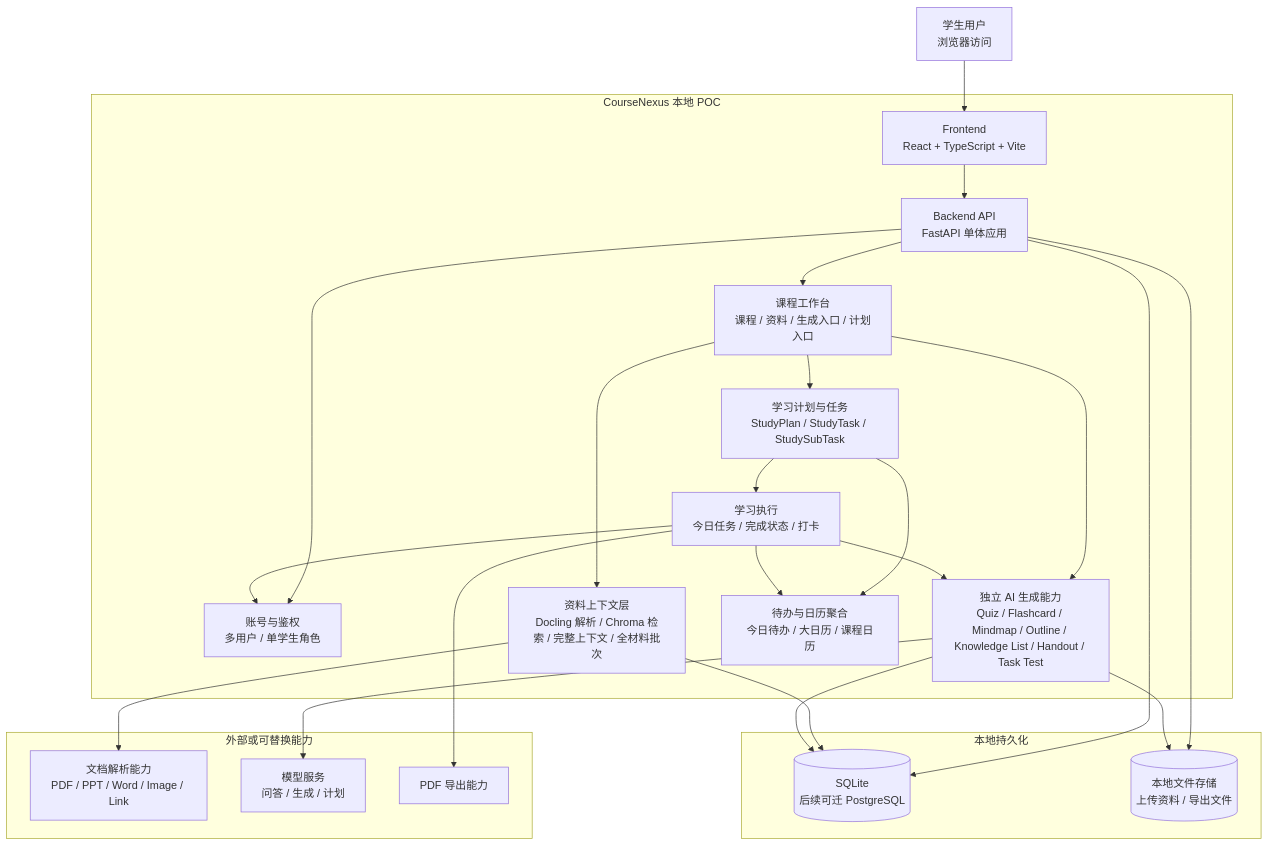
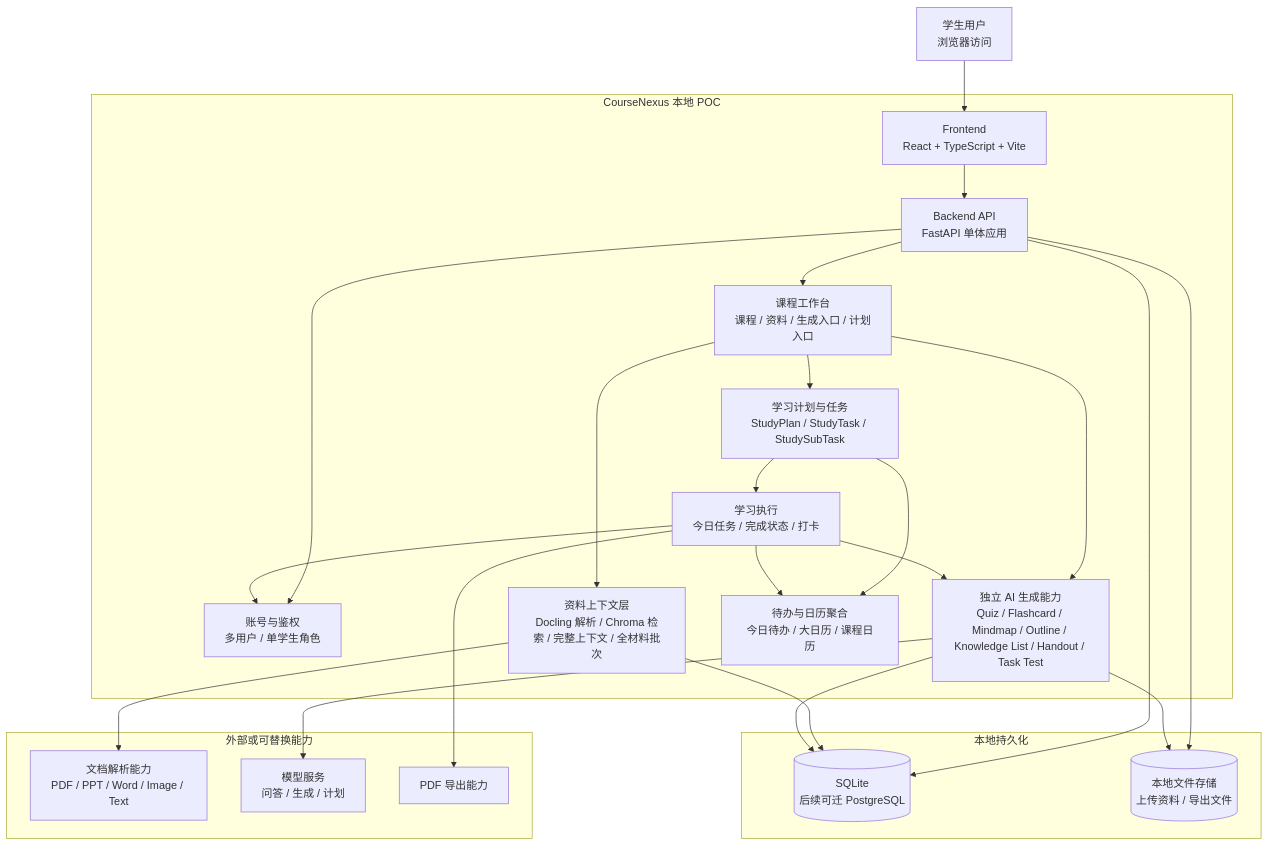
Before and after one commit to cyruan815/CourseNexus: the diagram in docs/architecture/overview.md, drawn with Mermaid. The commit also changed other lines of this file and 20 other files, not shown here.

````diff
--- a/docs/architecture/overview.md
+++ b/docs/architecture/overview.md
@@ -40,49 +40,49 @@
 ```mermaid
 flowchart TB
     STUDENT["学生用户<br/>浏览器访问"]
 
     subgraph APP["CourseNexus 本地 POC"]
         FE["Frontend<br/>React + TypeScript + Vite"]
         API["Backend API<br/>FastAPI 单体应用"]
         AUTH["账号与鉴权<br/>多用户 / 单学生角色"]
         COURSE["课程工作台<br/>课程 / 资料 / 生成入口 / 计划入口"]
     CTX["资料上下文层<br/>Docling 解析 / Chroma 检索 / 完整上下文 / 全材料批次"]
         GEN["独立 AI 生成能力<br/>Quiz / Flashcard / Mindmap / Outline / Knowledge List / Handout / Task Test"]
         PLAN["学习计划与任务<br/>StudyPlan / StudyTask / StudySubTask"]
         CAL["待办与日历聚合<br/>今日待办 / 大日历 / 课程日历"]
         EXEC["学习执行<br/>今日任务 / 完成状态 / 打卡"]
     end
 
     subgraph STORE["本地持久化"]
         DB[("SQLite<br/>后续可迁 PostgreSQL")]
         FILES[("本地文件存储<br/>上传资料 / 导出文件")]
     end
 
     subgraph EXT["外部或可替换能力"]
-        PARSER["文档解析能力<br/>PDF / PPT / Word / Image / Link"]
+        PARSER["文档解析能力<br/>PDF / PPT / Word / Image / Text"]
         LLM["模型服务<br/>问答 / 生成 / 计划"]
         PDF["PDF 导出能力"]
     end
 
     STUDENT --> FE
     FE --> API
     API --> AUTH
     API --> COURSE
     COURSE --> CTX
     COURSE --> GEN
     COURSE --> PLAN
     PLAN --> CAL
     PLAN --> EXEC
     EXEC --> GEN
     EXEC --> CAL
     EXEC --> AUTH
 
     API --> DB
     API --> FILES
     CTX --> PARSER
     CTX --> DB
     GEN --> LLM
     GEN --> DB
     GEN --> FILES
     EXEC --> PDF
 ```
````
